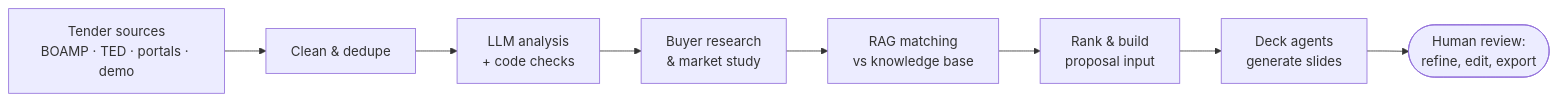
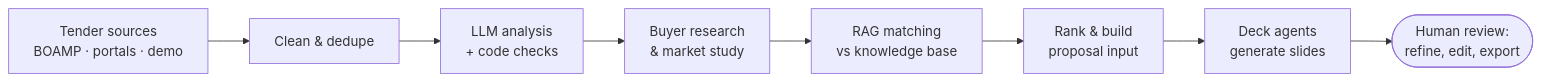
Before and after one commit to ahmad-bensalah/TendOlive: the first of 2 diagrams in README.md, drawn with Mermaid. The commit also changed other lines of this file and 41 other files, not shown here.

````diff
--- a/README.md
+++ b/README.md
@@ -34,10 +39,10 @@
 ```mermaid
 flowchart LR
-    S[Tender sources<br/>BOAMP · TED · portals · demo] --> C[Clean & dedupe]
+    S[Tender sources<br/>BOAMP · portals · demo] --> C[Clean & dedupe]
     C --> A[LLM analysis<br/>+ code checks]
     A --> B[Buyer research<br/>& market study]
     B --> R[RAG matching<br/>vs knowledge base]
     R --> K[Rank & build<br/>proposal input]
     K --> D[Deck agents<br/>generate slides]
     D --> H([Human review:<br/>refine, edit, export])
 ```
````
